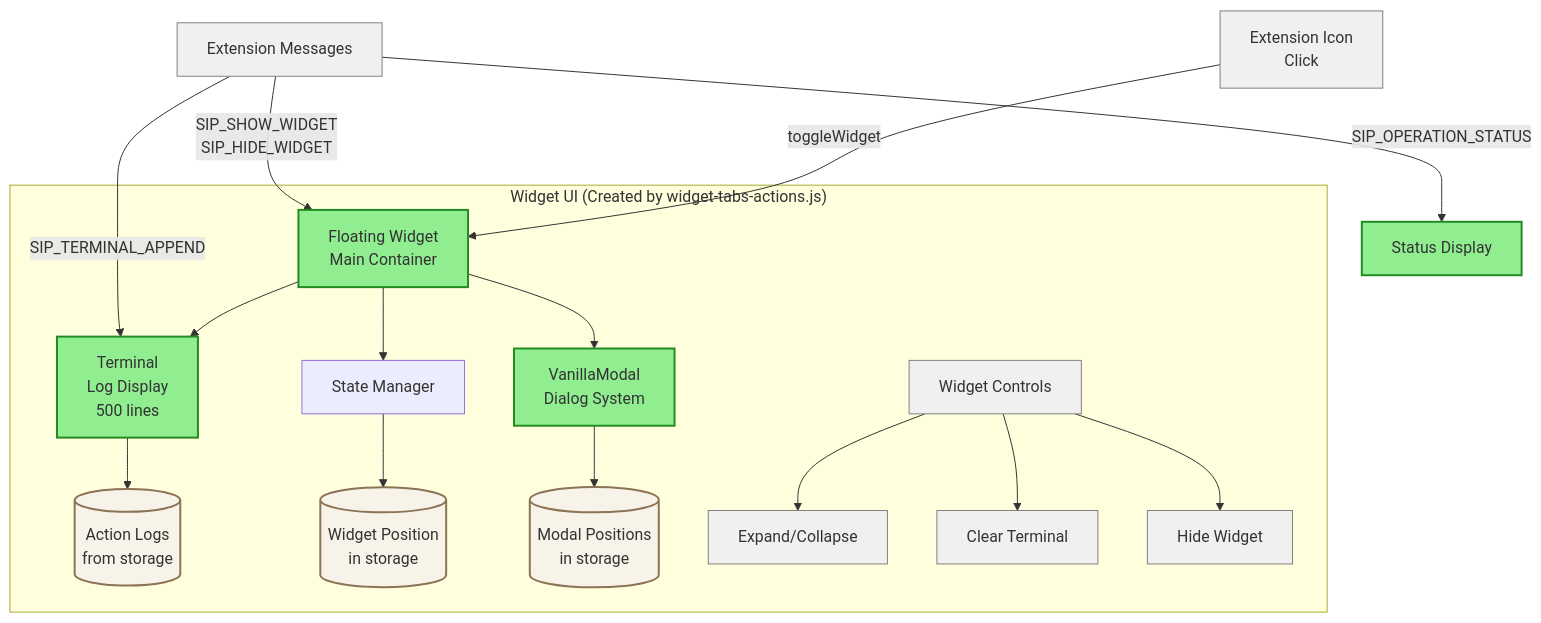
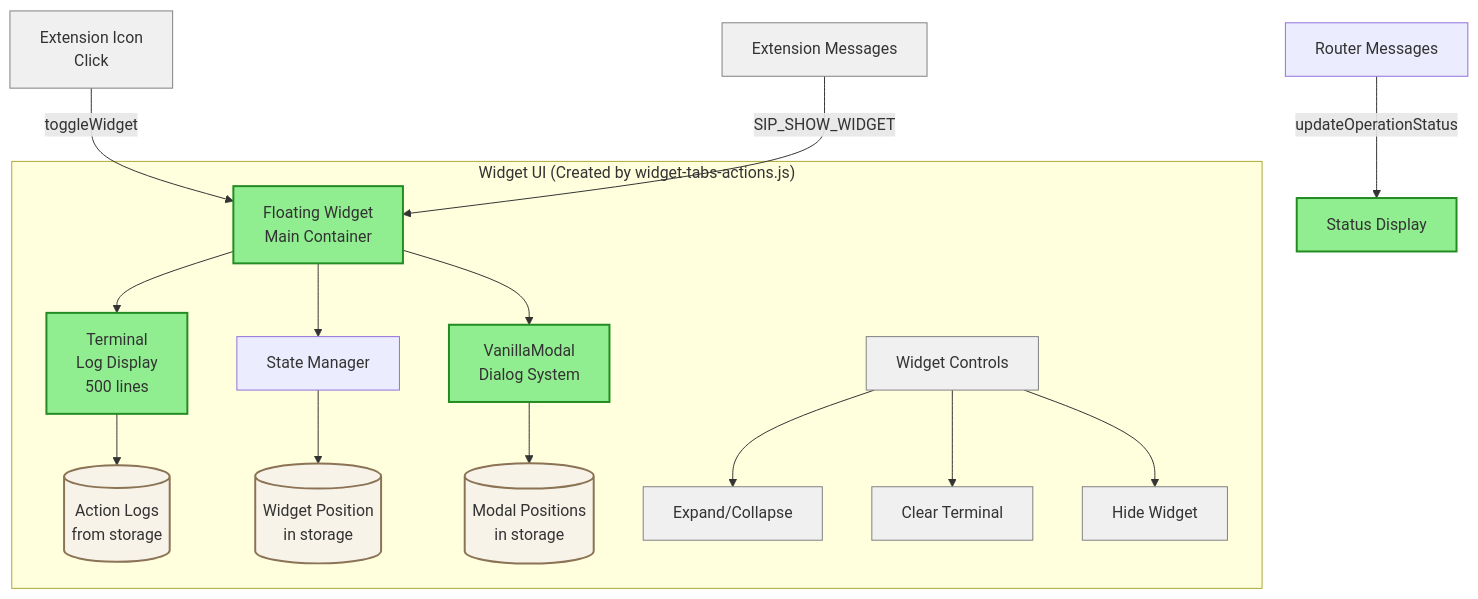
Before and after one commit to tdemelle-SiP/.claude: the fifth of 5 diagrams in guidelines/sip-printify-manager-extension-guidelines-v2.md, drawn with Mermaid. The commit also changed other lines of this file, not shown here.

````diff
--- a/guidelines/sip-printify-manager-extension-guidelines-v2.md
+++ b/guidelines/sip-printify-manager-extension-guidelines-v2.md
@@ -659,33 +665,32 @@
 ```mermaid
 graph TD
   subgraph "Widget UI (Created by widget-tabs-actions.js)"
     FW[Floating Widget<br/>Main Container]
     FW --> Terminal[Terminal<br/>Log Display<br/>500 lines]
     FW --> Modal[VanillaModal<br/>Dialog System]
     FW --> State[State Manager]
     
     Terminal --> Logs[(Action Logs<br/>from storage)]
     State --> Position[(Widget Position<br/>in storage)]
     Modal --> ModalState[(Modal Positions<br/>in storage)]
     
     Controls[Widget Controls]
     Controls --> Expand[Expand/Collapse]
     Controls --> Clear[Clear Terminal]
     Controls --> Hide[Hide Widget]
   end
   
   ExtIcon[Extension Icon<br/>Click] -->|toggleWidget| FW
-  Messages[Extension Messages] -->|SIP_SHOW_WIDGET<br/>SIP_HIDE_WIDGET| FW
-  Messages -->|SIP_TERMINAL_APPEND| Terminal
-  Messages -->|SIP_OPERATION_STATUS| StatusDisplay[Status Display]
+  Messages[Extension Messages] -->|SIP_SHOW_WIDGET| FW
+  Router[Router Messages] -->|updateOperationStatus| StatusDisplay[Status Display]
   
   %% Style definitions
   classDef userFacingStyle fill:#90EE90,stroke:#228B22,stroke-width:2px
   classDef storageStyle fill:#F8F3E8,stroke:#8B7355,stroke-width:2px
   classDef actionStyle fill:#F0F0F0,stroke:#808080,stroke-width:1px
   
   %% Apply styles
   class FW,Terminal,Modal,StatusDisplay userFacingStyle
   class Logs,Position,ModalState storageStyle
   class Controls,Expand,Clear,Hide,ExtIcon,Messages actionStyle
 ```
````
